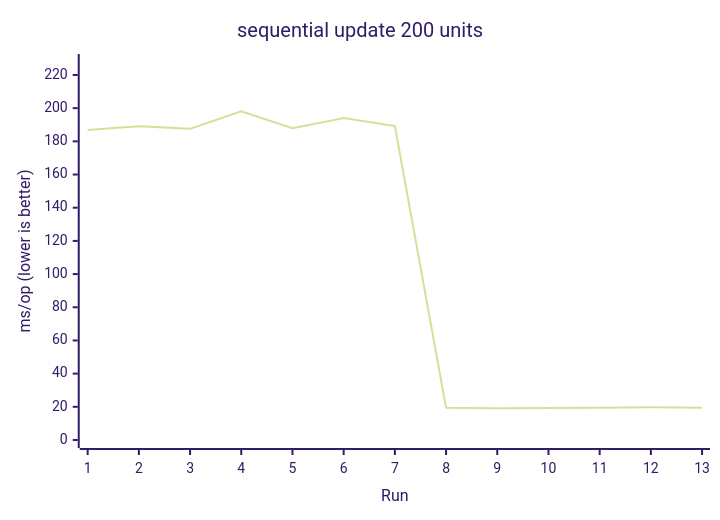
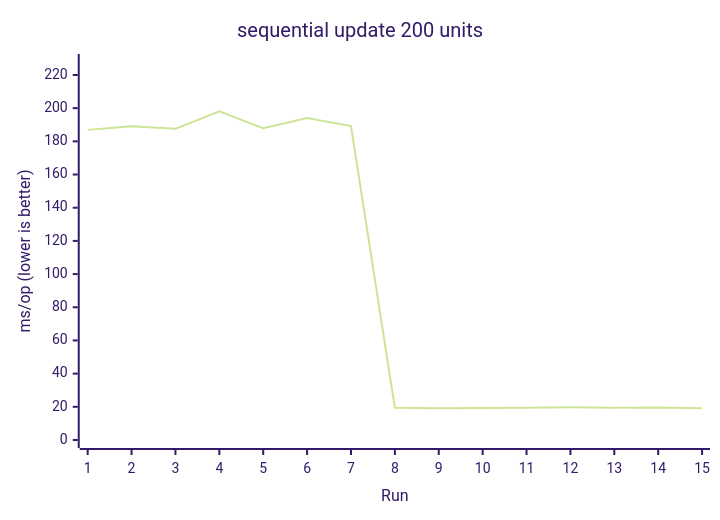
One commit to AIluffy/io changed diagram 11 of 17 in apps/docs/src/content/docs/en/guides/benchmark.mdx. Above: the diagram before and after it, drawn with Mermaid (forest theme). The commit also changed other lines of this file and 7 other files, not shown here.

````diff
--- a/apps/docs/src/content/docs/en/guides/benchmark.mdx
+++ b/apps/docs/src/content/docs/en/guides/benchmark.mdx
@@ -325,7 +327,7 @@
 ```mermaid
 xychart-beta
   title "sequential update 200 units"
-  x-axis "Run" [1, 2, 3, 4, 5, 6, 7, 8, 9, 10, 11, 12, 13]
+  x-axis "Run" [1, 2, 3, 4, 5, 6, 7, 8, 9, 10, 11, 12, 13, 14, 15]
   y-axis "ms/op (lower is better)" 0 --> 227.822
-  line [186.9116, 189.1437, 187.5276, 198.1061, 187.8507, 193.992, 189.2093, 19.3745, 19.157, 19.247, 19.5097, 19.665, 19.4525]
+  line [186.9116, 189.1437, 187.5276, 198.1061, 187.8507, 193.992, 189.2093, 19.3745, 19.157, 19.247, 19.5097, 19.665, 19.4525, 19.6475, 19.1882]
 ```
````
